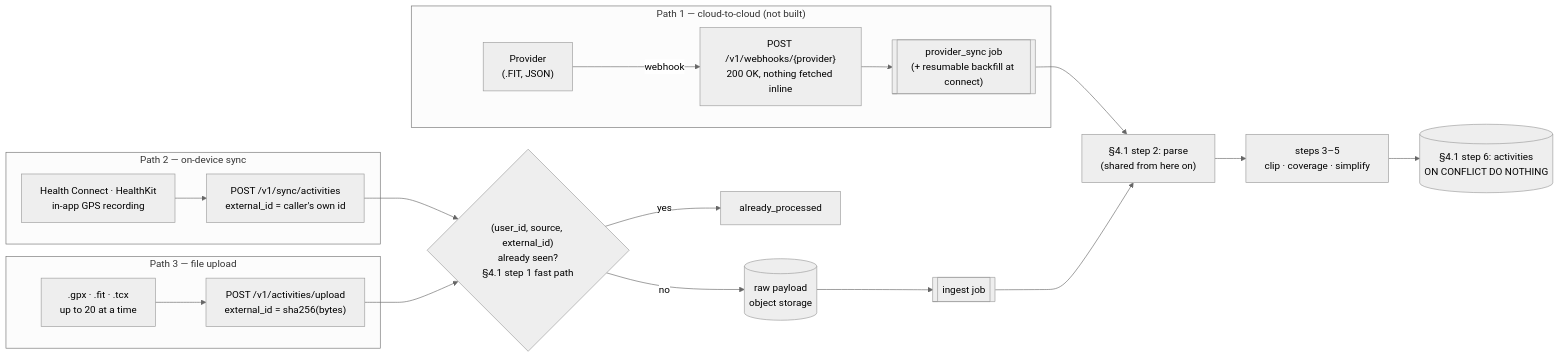
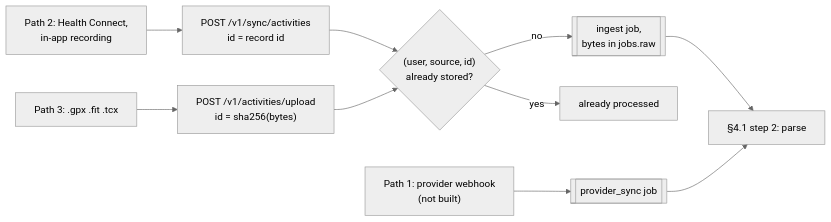
One commit to HoldMyTrack/holdmytrack changed the second of 9 diagrams in docs/IMPLEMENTATION.md. Above: the diagram before and after it, drawn with Mermaid (neutral theme). The commit also changed other lines of this file and 70 other files, not shown here.

First line of the commit message:
Docs: Cut IMPLEMENTATION.md to flows, invariants, reasons and traps

````diff
--- a/docs/IMPLEMENTATION.md
+++ b/docs/IMPLEMENTATION.md
@@ -163,19 +167,12 @@
 ```mermaid
 flowchart LR
-    subgraph P1["Path 1 — cloud-to-cloud (not built)"]
-        prov["Provider<br/>(.FIT, JSON)"] -->|webhook| wh["POST /v1/webhooks/{provider}<br/>200 OK, nothing fetched inline"]
-        wh --> ps[["provider_sync job<br/>(+ resumable backfill at connect)"]]
-    end
-    subgraph P2["Path 2 — on-device sync"]
-        dev["Health Connect · HealthKit<br/>in-app GPS recording"] --> sync["POST /v1/sync/activities<br/>external_id = caller's own id"]
-    end
-    subgraph P3["Path 3 — file upload"]
-        files[".gpx · .fit · .tcx<br/>up to 20 at a time"] --> up["POST /v1/activities/upload<br/>external_id = sha256(bytes)"]
-    end
-    sync --> fast{"(user_id, source, external_id)<br/>already seen?<br/>§4.1 step 1 fast path"}
-    up --> fast
-    fast -->|yes| skip["already_processed"]
-    fast -->|no| raw[("raw payload<br/>object storage")] --> job[["ingest job"]]
-    ps --> parse
-    job --> parse["§4.1 step 2: parse<br/>(shared from here on)"] --> rest["steps 3–5<br/>clip · coverage · simplify"] --> persist[("§4.1 step 6: activities<br/>ON CONFLICT DO NOTHING")]
+    P1["Path 1: provider webhook<br/>(not built)"] --> PS[["provider_sync job"]]
+    P2["Path 2: Health Connect,<br/>in-app recording"] --> SY["POST /v1/sync/activities<br/>id = record id"]
+    P3["Path 3: .gpx .fit .tcx"] --> UP["POST /v1/activities/upload<br/>id = sha256(bytes)"]
+    SY --> CK{"(user, source, id)<br/>already stored?"}
+    UP --> CK
+    CK -->|yes| DUP[already processed]
+    CK -->|no| J[["ingest job,<br/>bytes in jobs.raw"]]
+    J --> S2["§4.1 step 2: parse"]
+    PS --> S2
 ```
````
